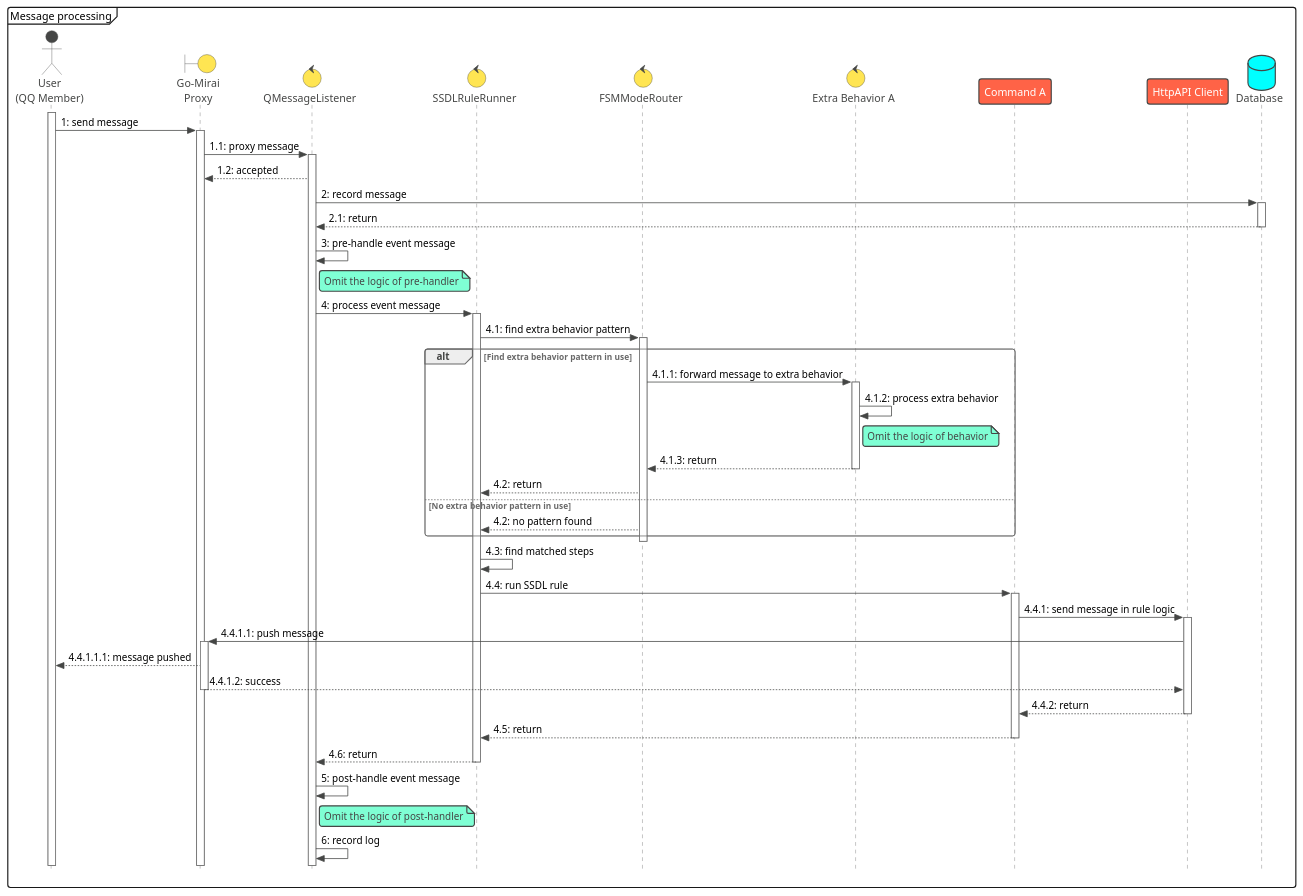
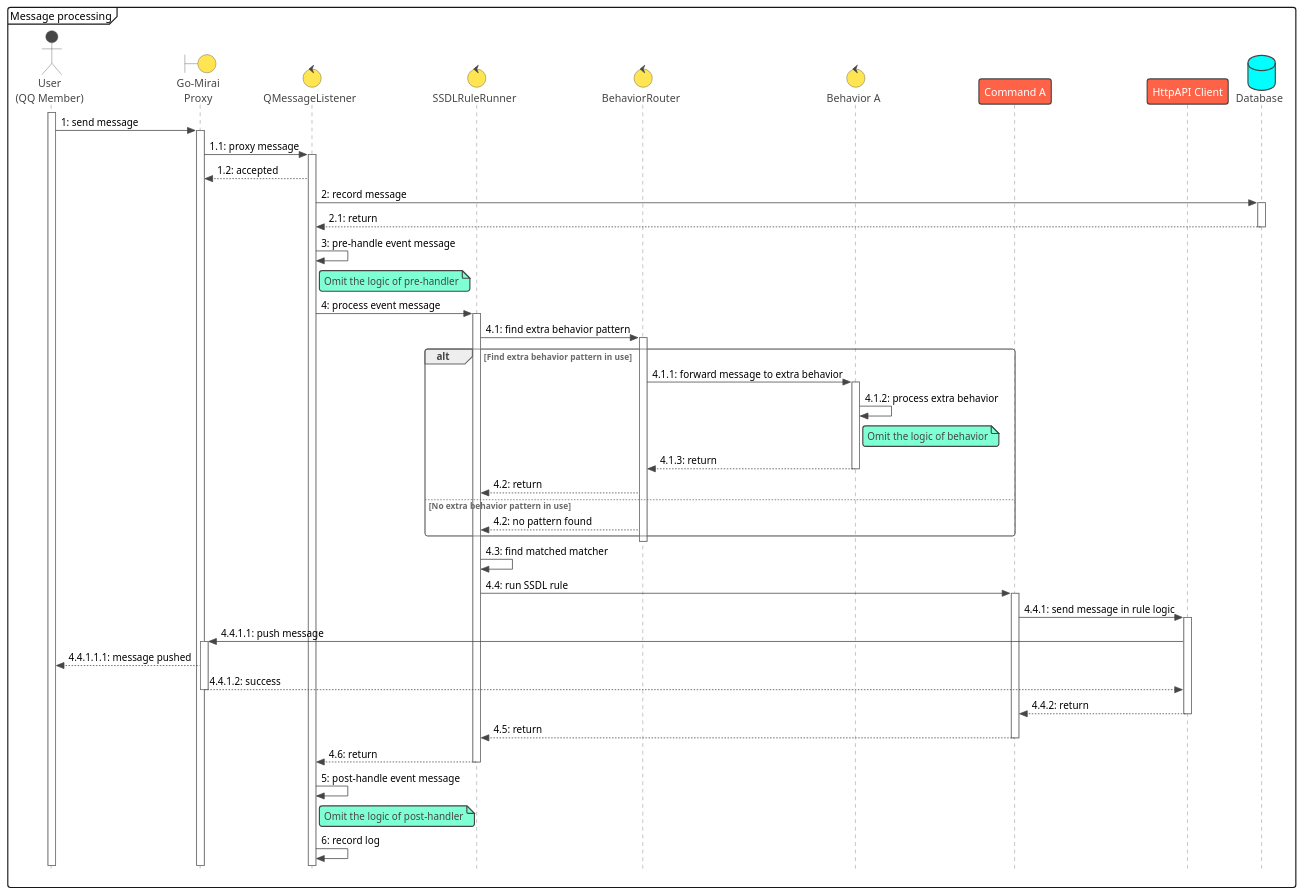
The diagram in diagram/sequence.puml (SinarPandora/UML-Practice), drawn with PlantUML before and after one commit. The commit also changed 2 other files, not shown here.

Commit message:
Update part of diagrams

```diff
--- a/diagram/sequence.puml
+++ b/diagram/sequence.puml
@@ -1,63 +1,63 @@
 @startuml
 !theme vibrant
 skinparam style strictuml
 mainframe Message processing
 
 actor "User\n(QQ Member)"       as user
 boundary "Go-Mirai\nProxy"      as proxy
 control "QMessageListener"      as listener
 control "SSDLRuleRunner"        as ruleRunner
-control "FSMModeRouter"         as fsm
-control "Extra Behavior A"      as exb
+control "BehaviorRouter"        as bRouter
+control "Behavior A"            as exb
 participant "Command A"         as cmd
 participant "HttpAPI Client"    as api
 database "Database"             as db
 
 'Receive Message
 user++
 user -> proxy ++: 1: send message
 
 'Async message push
 proxy -> listener++ : 1.1: proxy message
 listener --> proxy : 1.2: accepted
 
 
 'Record message
 listener -> db++ : 2: record message
 listener <-- db-- : 2.1: return
 
 'Message match and process
 'Pre processing
 listener -> listener : 3: pre-handle event message
 note right of listener : Omit the logic of pre-handler
 listener -> ruleRunner++ : 4: process event message
 
 'Extra behavior
-ruleRunner -> fsm++ : 4.1: find extra behavior pattern
+ruleRunner -> bRouter++ : 4.1: find extra behavior pattern
 alt Find extra behavior pattern in use
-        fsm -> exb++ : 4.1.1: forward message to extra behavior
+        bRouter -> exb++ : 4.1.1: forward message to extra behavior
         exb -> exb: 4.1.2: process extra behavior
         note right of exb : Omit the logic of behavior
-        fsm <-- exb-- : 4.1.3: return
-    ruleRunner <-- fsm : 4.2: return
+        bRouter <-- exb-- : 4.1.3: return
+    ruleRunner <-- bRouter : 4.2: return
 else No extra behavior pattern in use
-    ruleRunner <-- fsm : 4.2: no pattern found
+    ruleRunner <-- bRouter : 4.2: no pattern found
 end
-fsm--
+bRouter--
 
 'Run rule
-ruleRunner -> ruleRunner : 4.3: find matched steps
+ruleRunner -> ruleRunner : 4.3: find matched matcher
 ruleRunner -> cmd++ : 4.4: run SSDL rule
     cmd -> api++ : 4.4.1: send message in rule logic
         api -> proxy++ : 4.4.1.1: push message
             proxy --> user : 4.4.1.1.1: message pushed
         proxy --> api-- : 4.4.1.2: success
     api --> cmd-- : 4.4.2: return
 cmd --> ruleRunner-- : 4.5: return
 ruleRunner --> listener-- : 4.6: return
 
 'Post processing
 listener -> listener : 5: post-handle event message
 note right of listener : Omit the logic of post-handler
 listener -> listener : 6: record log
 @enduml
```
